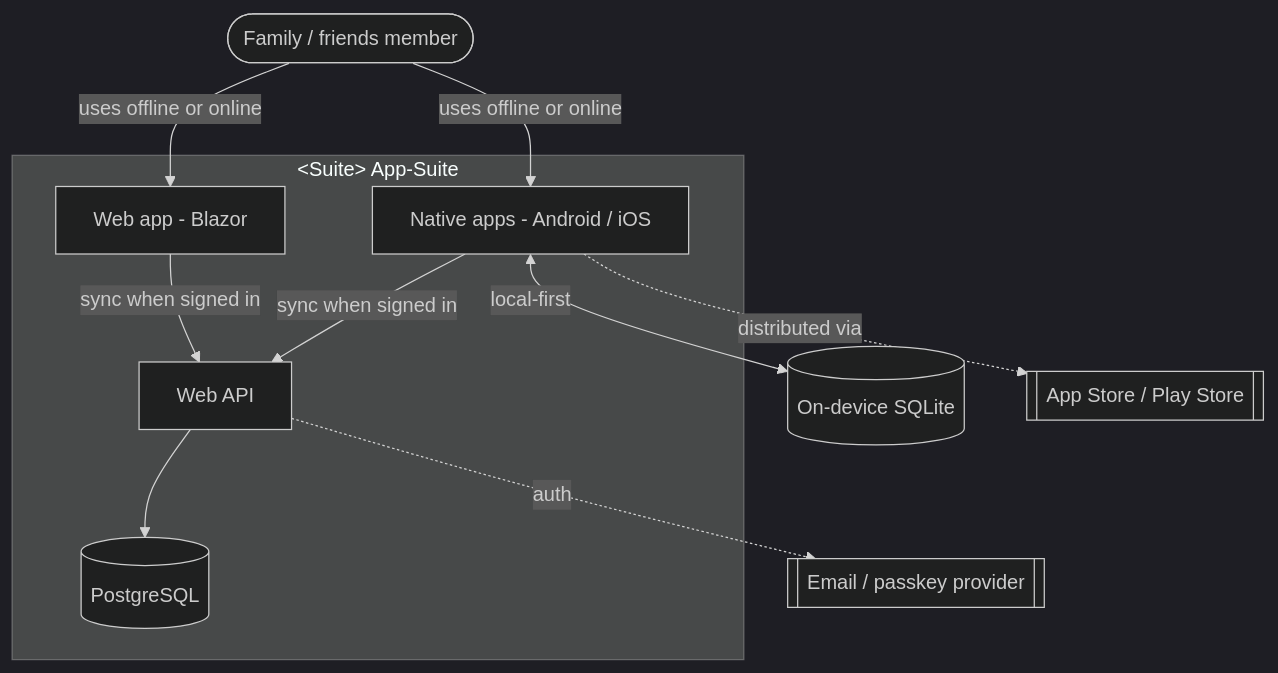
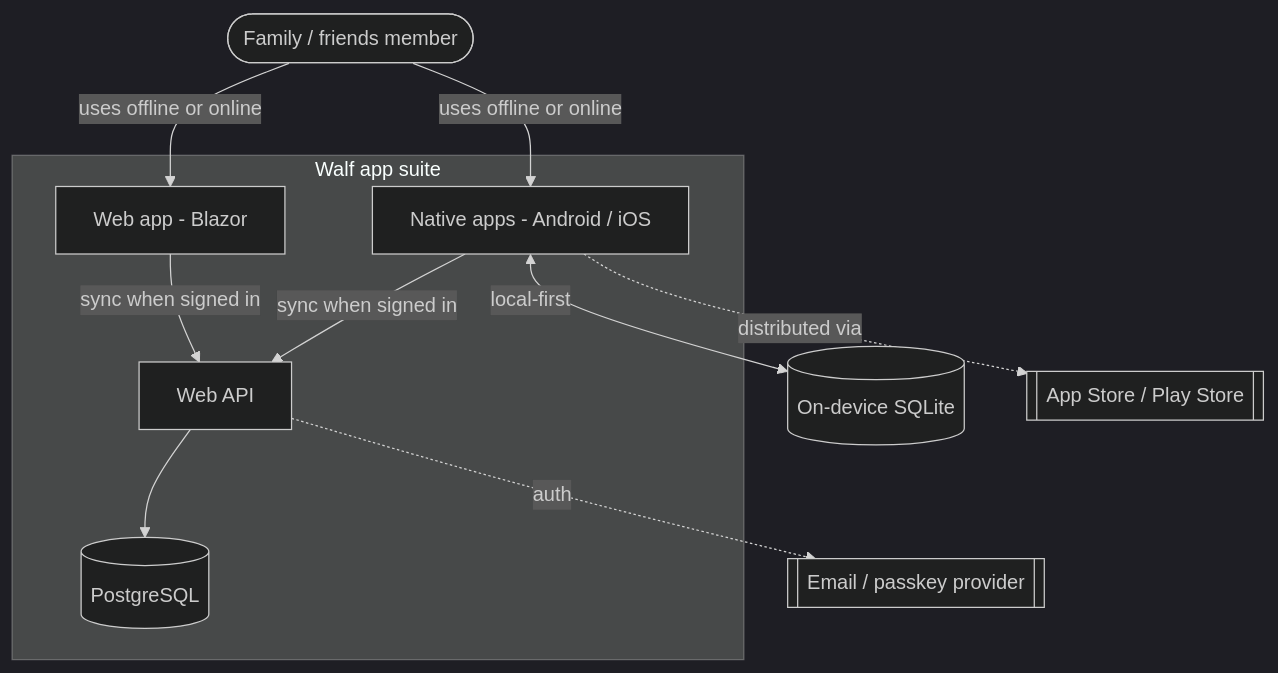
Before and after one commit to CircleTools-ch/circletools-suite: the diagram in docs/arc42/03-context-and-scope.md, drawn with Mermaid (dark theme). The commit also changed 226 other files, not shown here.

First line of the commit message:
refactor(naming): finalize brand as "Walf" and replace `Suite` placeholder

````diff
--- a/docs/arc42/03-context-and-scope.md
+++ b/docs/arc42/03-context-and-scope.md
@@ -5,22 +5,22 @@
 ```mermaid
 flowchart TB
     User([Family / friends member])
-    subgraph Suite["&lt;Suite&gt; App-Suite"]
+    subgraph Walf["Walf app suite"]
         Web[Web app - Blazor]
         Native[Native apps - Android / iOS]
         API[Web API]
         DB[(PostgreSQL)]
     end
     Local[(On-device SQLite)]
     Stores[[App Store / Play Store]]
     Email[[Email / passkey provider]]
 
     User -->|uses offline or online| Web
     User -->|uses offline or online| Native
     Native <-->|local-first| Local
     Web -->|sync when signed in| API
     Native -->|sync when signed in| API
     API --> DB
     API -.->|auth| Email
     Native -.->|distributed via| Stores
 ```
````
